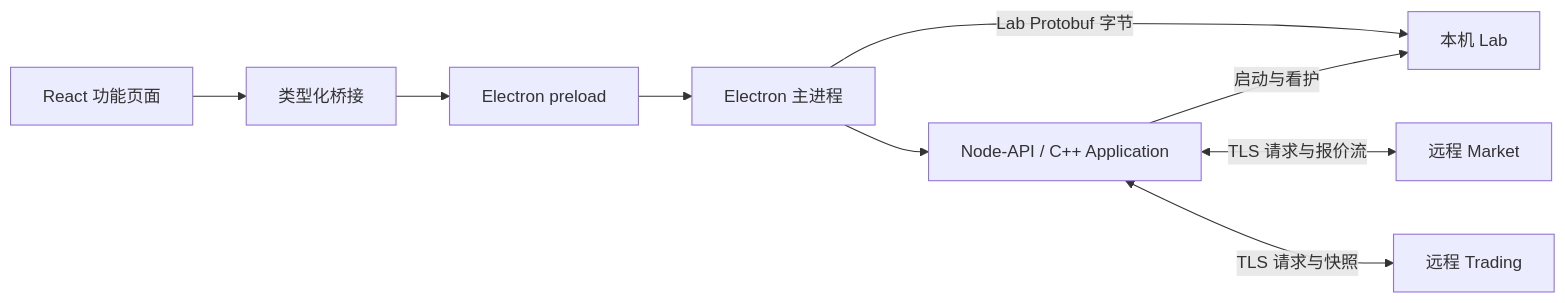
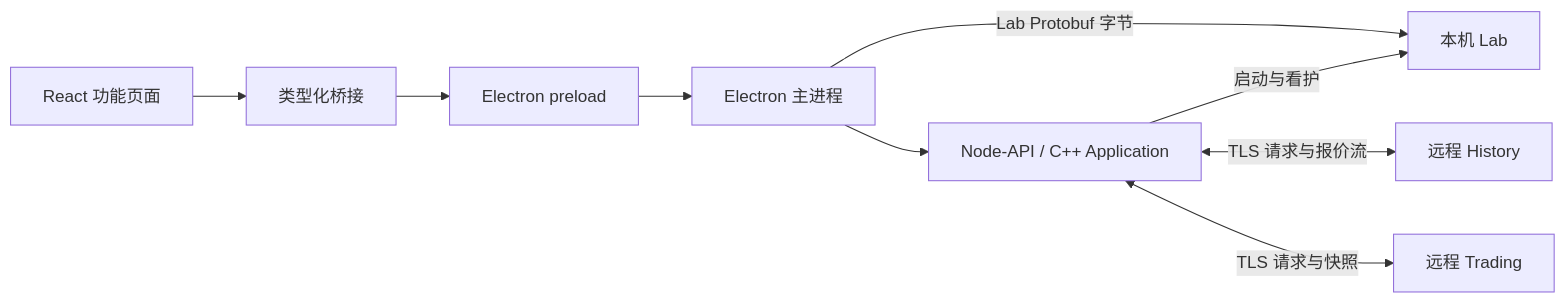
The first of 4 diagrams in docs/terminal/architecture.md (isqiwen/asterion-terminal), drawn with Mermaid before and after one commit. The commit also changed other lines of this file and 230 other files, not shown here.

First line of the commit message:
M3.85: rename Market to History

````diff
--- a/docs/terminal/architecture.md
+++ b/docs/terminal/architecture.md
@@ -7,11 +7,11 @@
 ```mermaid
 flowchart LR
     page[React 功能页面] --> bridge[类型化桥接]
     bridge --> preload[Electron preload]
     preload --> main[Electron 主进程]
     main --> native[Node-API / C++ Application]
     main -->|Lab Protobuf 字节| lab[本机 Lab]
     native -->|启动与看护| lab
-    native <-->|TLS 请求与报价流| market[远程 Market]
+    native <-->|TLS 请求与报价流| market[远程 History]
     native <-->|TLS 请求与快照| trading[远程 Trading]
 ```
````
